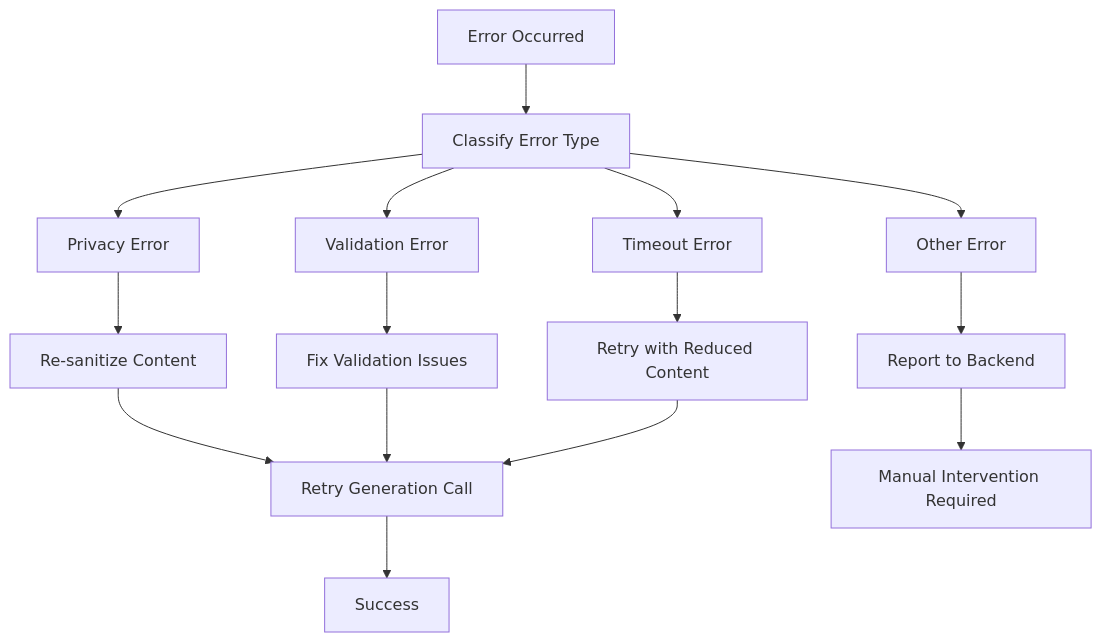
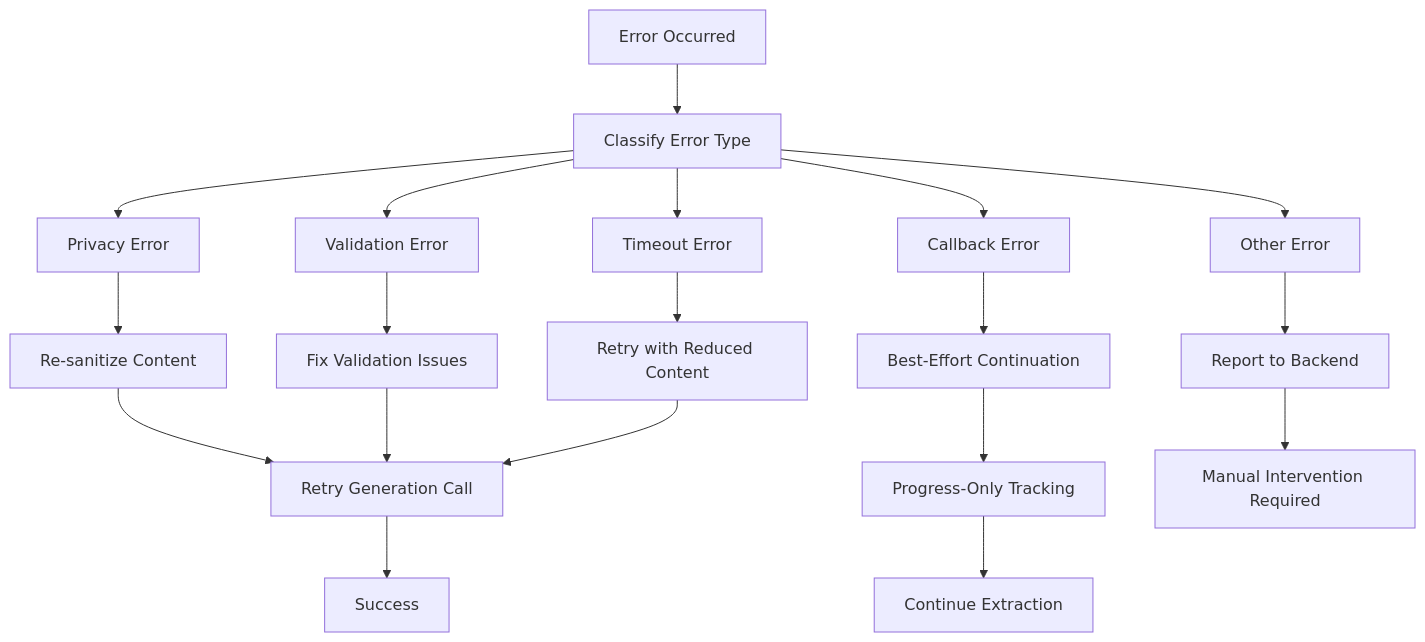
One commit to sankaL/job-app changed diagram 11 of 11 in .qoder/repowiki/en/content/AI Agent System/Comprehensive Prompt System Documentation.md. Above: the diagram before and after it, drawn with Mermaid. The commit also changed other lines of this file and 9 other files, not shown here.

First line of the commit message:
docs(build-plan): add extraction callback resilience and terminal progress reconciliation

````diff
--- a/.qoder/repowiki/en/content/AI Agent System/Comprehensive Prompt System Documentation.md
+++ b/.qoder/repowiki/en/content/AI Agent System/Comprehensive Prompt System Documentation.md
@@ -480,17 +549,21 @@
 ```mermaid
 flowchart TD
 Error[Error Occurred] --> Classify[Classify Error Type]
 Classify --> PrivacyError[Privacy Error]
 Classify --> ValidationError[Validation Error]
 Classify --> TimeoutError[Timeout Error]
+Classify --> CallbackError[Callback Error]
 Classify --> OtherError[Other Error]
 PrivacyError --> Sanitize[Re-sanitize Content]
 ValidationError --> Fix[Fix Validation Issues]
 TimeoutError --> Retry[Retry with Reduced Content]
+CallbackError --> BestEffort[Best-Effort Continuation]
 OtherError --> Report[Report to Backend]
+BestEffort --> ProgressOnly[Progress-Only Tracking]
+ProgressOnly --> Continue[Continue Extraction]
 Sanitize --> RetryCall[Retry Generation Call]
 Fix --> RetryCall
 Retry --> RetryCall
 RetryCall --> Success[Success]
 Report --> Manual[Manual Intervention Required]
 ```
````
